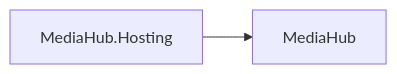
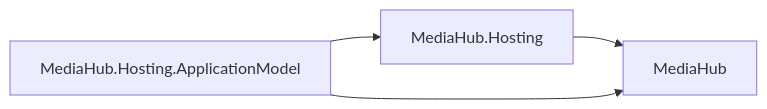
Diagram 20 of 27 in docs/DEPENDENCIES.md (assimalign/cohesion), drawn with Mermaid before and after one commit. The commit also changed other lines of this file and 454 other files, not shown here.

First line of the commit message:
feat(resources): give every resource area a Hosting.ApplicationModel integration

````diff
--- a/docs/DEPENDENCIES.md
+++ b/docs/DEPENDENCIES.md
@@ -800,6 +831,9 @@
 ```mermaid
 flowchart LR
     N0["MediaHub"]
     N1["MediaHub.Hosting"]
+    N2["MediaHub.Hosting.ApplicationModel"]
     N1 --> N0
+    N2 --> N0
+    N2 --> N1
 ```
````
